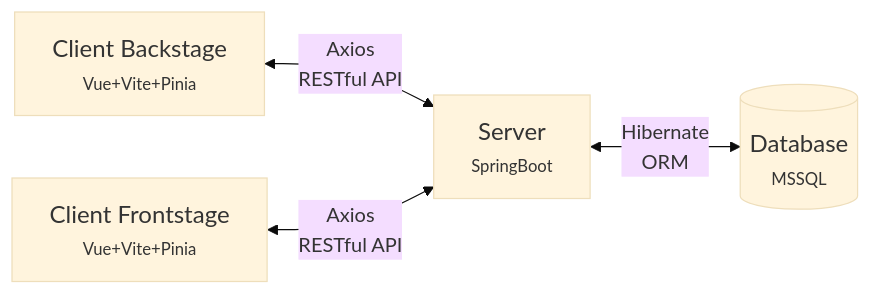
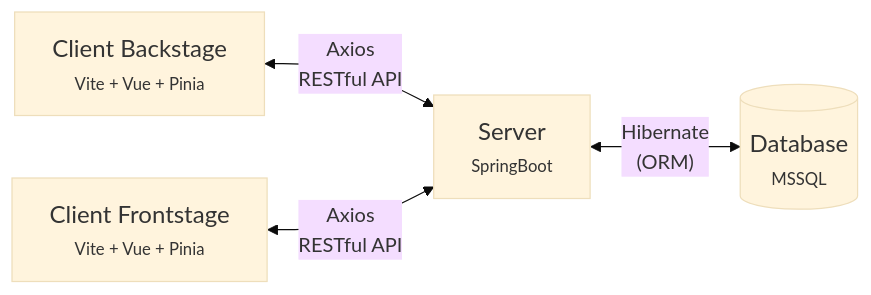
Before and after one commit to ChrislaFolia/Fithub-Backend: the diagram in README.md, drawn with Mermaid (base theme). The commit also changed other lines of this file and 1 other file, not shown here.

````diff
--- a/README.md
+++ b/README.md
@@ -95,13 +50,13 @@
 ```mermaid
 flowchart LR
 
 FrontStage <--Axios\nRESTful API--> server
 BackStage <--Axios\nRESTful API--> server
-server <--Hibernate\nORM--> DB
+server <--Hibernate\n(ORM)--> DB
 
-FrontStage["<big>Client Backstage</big>\n<small>Vue+Vite+Pinia"]:::simple
-BackStage["<big>Client Frontstage</big>\n<small>Vue+Vite+Pinia"]:::simple
+FrontStage["<big>Client Backstage</big>\n<small>Vite + Vue + Pinia"]:::simple
+BackStage["<big>Client Frontstage</big>\n<small>Vite + Vue + Pinia"]:::simple
 server["<big>Server</big>\n<small>SpringBoot"]:::simple
 DB[("<big>Database</big>\n<small>MSSQL")]:::simple
 
 ```
````
